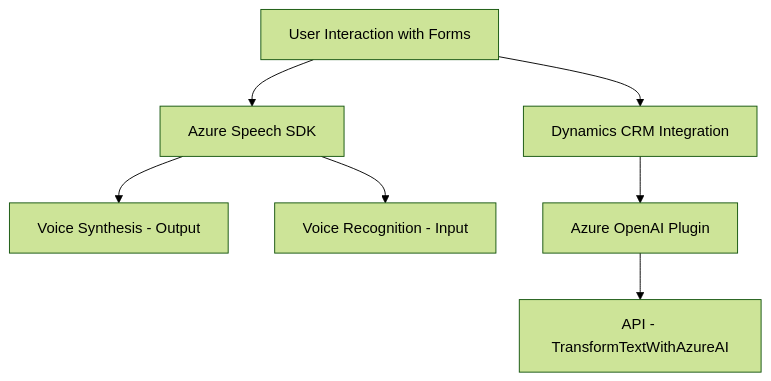
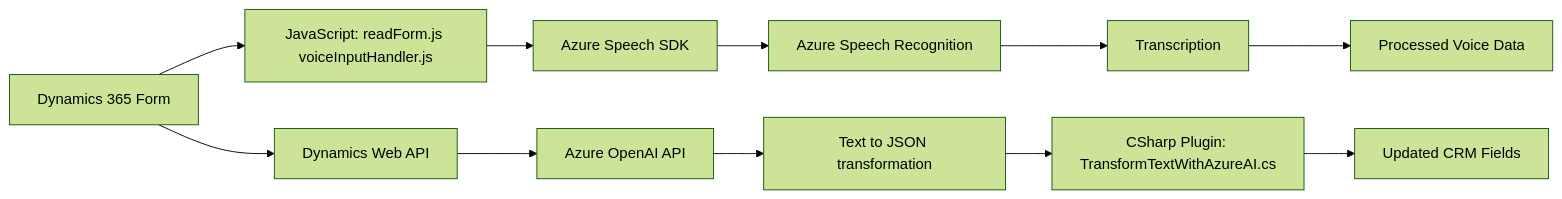
Before and after one commit to blopezdm/NETCORE_BILBAO2025: the diagram in README.md, drawn with Mermaid (forest theme). The commit also changed other lines of this file, not shown here.

````diff
--- a/README.md
+++ b/README.md
@@ -38,17 +36,11 @@
 ```mermaid
-graph TD
-  A["User Interaction with Forms"]
-  B["Azure Speech SDK"]
-  C["Voice Synthesis - Output"]
-  D["Voice Recognition - Input"]
-  E["Dynamics CRM Integration"]
-  F["Azure OpenAI Plugin"]
-  G["API - TransformTextWithAzureAI"]
-
-  A --> B
-  B --> C
-  B --> D
-  A --> E
-  E --> F
-  F --> G
+graph LR
+  A["Dynamics 365 Form"] --> B["JavaScript: readForm.js voiceInputHandler.js"]
+  A --> C["Dynamics Web API"]
+  B --> D["Azure Speech SDK"]
+  D --> E["Azure Speech Recognition"] --> F["Transcription"]
+  F --> G["Processed Voice Data"]
+  C --> H["Azure OpenAI API"] --> I["Text to JSON transformation"]
+  I --> J["CSharp Plugin: TransformTextWithAzureAI.cs"]
+  J --> K["Updated CRM Fields"]
 ```
````
